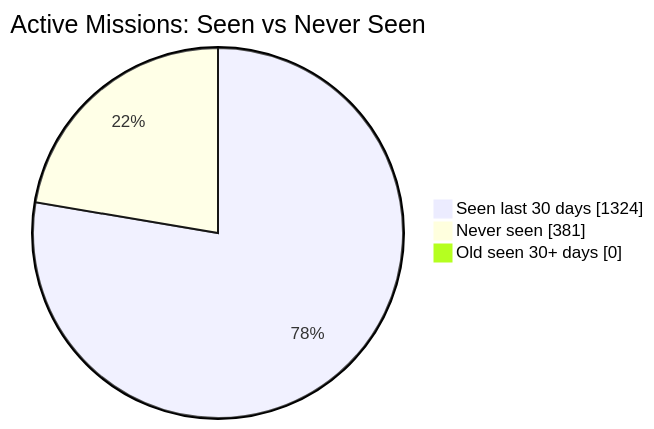
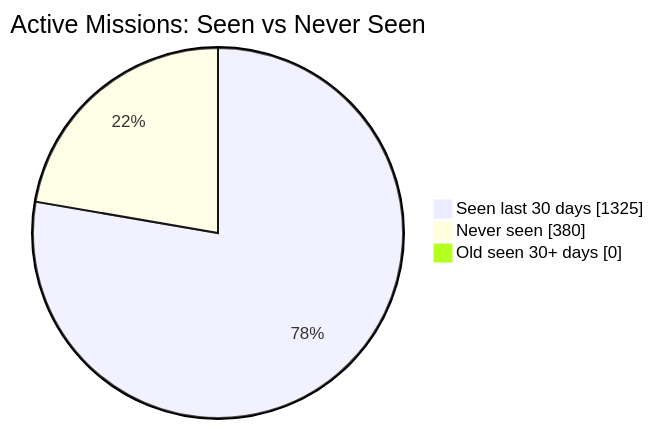
Before and after one commit to MeldkamerspelGameTeam/active-missions: the first of 2 diagrams in README.md, drawn with Mermaid. The commit also changed other lines of this file and 7 other files, not shown here.

````diff
--- a/README.md
+++ b/README.md
@@ -34,7 +34,7 @@
 ```mermaid
 pie showData
     title Active Missions: Seen vs Never Seen
-    "Seen last 30 days" : 1324
-    "Never seen" : 381
+    "Seen last 30 days" : 1325
+    "Never seen" : 380
     "Old seen 30+ days" : 0
 ```
````
